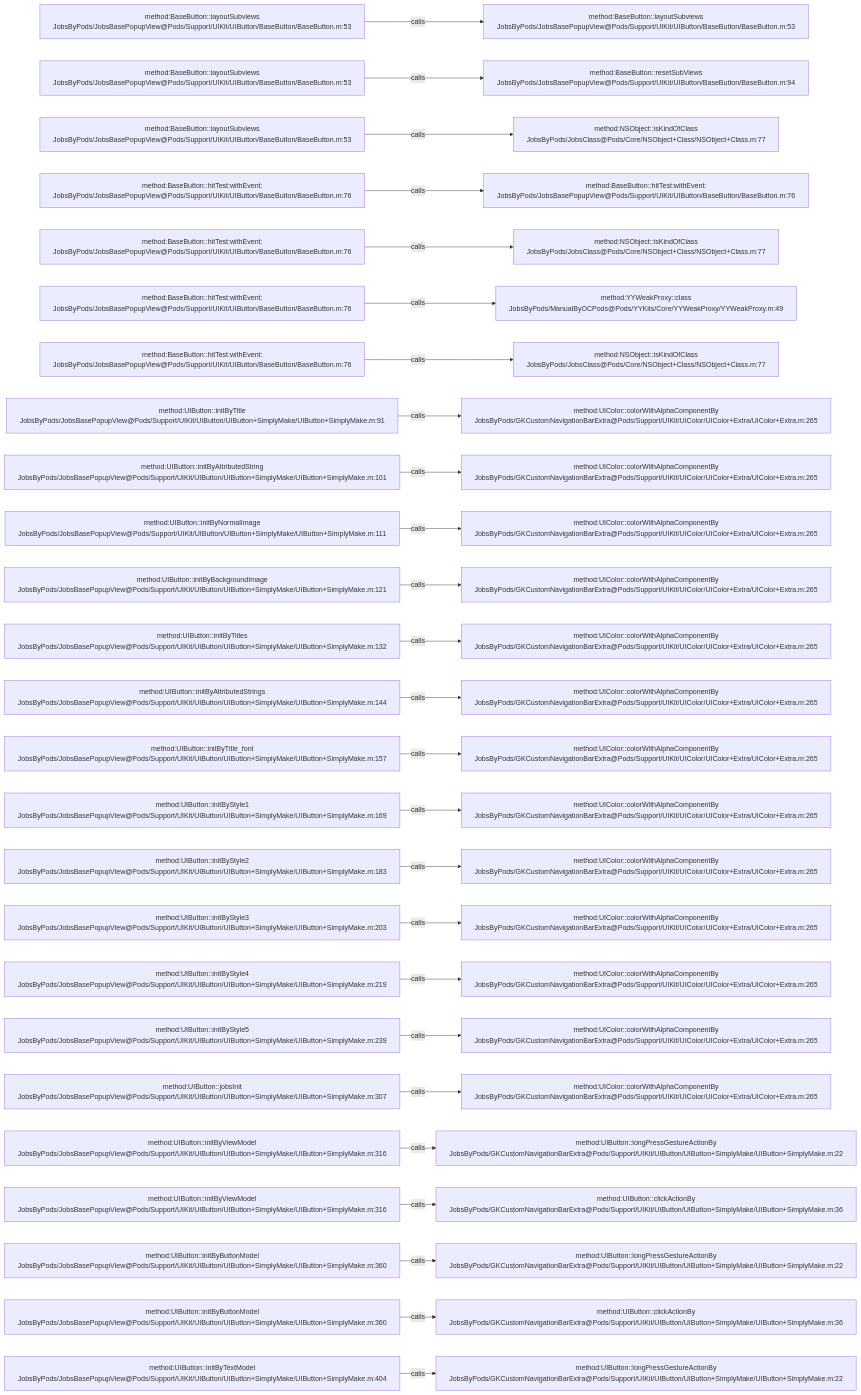
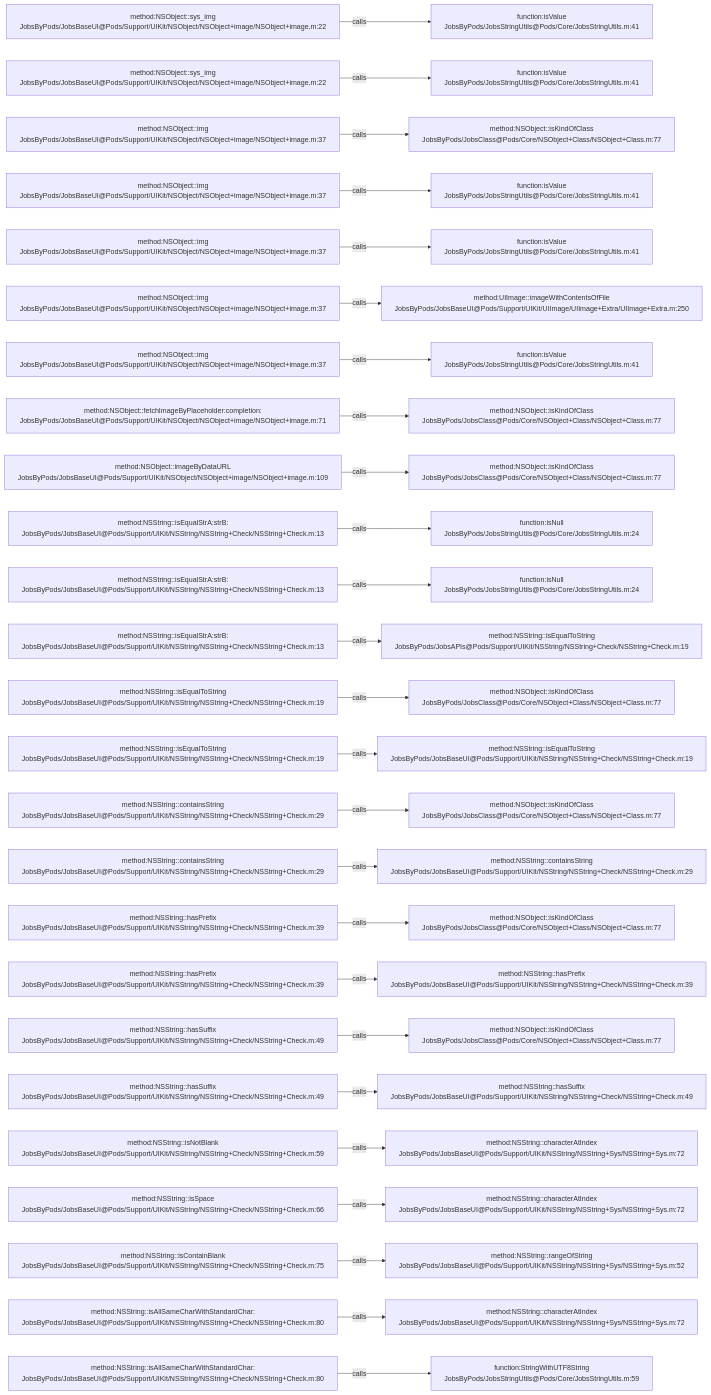
One commit to JobsKits/JobsOCBaseConfigDemo changed the diagram in .codegraph/codegraph.md/graphs/calls-022.md. Above: the diagram before and after it, drawn with Mermaid. The commit also changed 573 other files, not shown here.

````diff
--- a/.codegraph/codegraph.md/graphs/calls-022.md
+++ b/.codegraph/codegraph.md/graphs/calls-022.md
@@ -13,78 +13,78 @@
 ```mermaid
 flowchart LR
-  S1["method:BaseButton::layoutSubviews<br/>JobsByPods/JobsBasePopupView@Pods/Support/UIKit/UIButton/BaseButton/BaseButton.m:53"]
-  T1["method:BaseButton::layoutSubviews<br/>JobsByPods/JobsBasePopupView@Pods/Support/UIKit/UIButton/BaseButton/BaseButton.m:53"]
+  S1["method:NSObject::sys_img<br/>JobsByPods/JobsBaseUI@Pods/Support/UIKit/NSObject/NSObject+image/NSObject+image.m:22"]
+  T1["function:isValue<br/>JobsByPods/JobsStringUtils@Pods/Core/JobsStringUtils.m:41"]
   S1 -->|calls| T1
-  S2["method:BaseButton::layoutSubviews<br/>JobsByPods/JobsBasePopupView@Pods/Support/UIKit/UIButton/BaseButton/BaseButton.m:53"]
-  T2["method:BaseButton::resetSubViews<br/>JobsByPods/JobsBasePopupView@Pods/Support/UIKit/UIButton/BaseButton/BaseButton.m:94"]
+  S2["method:NSObject::sys_img<br/>JobsByPods/JobsBaseUI@Pods/Support/UIKit/NSObject/NSObject+image/NSObject+image.m:22"]
+  T2["function:isValue<br/>JobsByPods/JobsStringUtils@Pods/Core/JobsStringUtils.m:41"]
   S2 -->|calls| T2
-  S3["method:BaseButton::layoutSubviews<br/>JobsByPods/JobsBasePopupView@Pods/Support/UIKit/UIButton/BaseButton/BaseButton.m:53"]
+  S3["method:NSObject::img<br/>JobsByPods/JobsBaseUI@Pods/Support/UIKit/NSObject/NSObject+image/NSObject+image.m:37"]
   T3["method:NSObject::isKindOfClass<br/>JobsByPods/JobsClass@Pods/Core/NSObject+Class/NSObject+Class.m:77"]
   S3 -->|calls| T3
-  S4["method:BaseButton::hitTest:withEvent:<br/>JobsByPods/JobsBasePopupView@Pods/Support/UIKit/UIButton/BaseButton/BaseButton.m:76"]
-  T4["method:BaseButton::hitTest:withEvent:<br/>JobsByPods/JobsBasePopupView@Pods/Support/UIKit/UIButton/BaseButton/BaseButton.m:76"]
+  S4["method:NSObject::img<br/>JobsByPods/JobsBaseUI@Pods/Support/UIKit/NSObject/NSObject+image/NSObject+image.m:37"]
+  T4["function:isValue<br/>JobsByPods/JobsStringUtils@Pods/Core/JobsStringUtils.m:41"]
   S4 -->|calls| T4
-  S5["method:BaseButton::hitTest:withEvent:<br/>JobsByPods/JobsBasePopupView@Pods/Support/UIKit/UIButton/BaseButton/BaseButton.m:76"]
-  T5["method:NSObject::isKindOfClass<br/>JobsByPods/JobsClass@Pods/Core/NSObject+Class/NSObject+Class.m:77"]
+  S5["method:NSObject::img<br/>JobsByPods/JobsBaseUI@Pods/Support/UIKit/NSObject/NSObject+image/NSObject+image.m:37"]
+  T5["function:isValue<br/>JobsByPods/JobsStringUtils@Pods/Core/JobsStringUtils.m:41"]
   S5 -->|calls| T5
-  S6["method:BaseButton::hitTest:withEvent:<br/>JobsByPods/JobsBasePopupView@Pods/Support/UIKit/UIButton/BaseButton/BaseButton.m:76"]
-  T6["method:YYWeakProxy::class<br/>JobsByPods/ManualByOCPods@Pods/YYKits/Core/YYWeakProxy/YYWeakProxy.m:49"]
+  S6["method:NSObject::img<br/>JobsByPods/JobsBaseUI@Pods/Support/UIKit/NSObject/NSObject+image/NSObject+image.m:37"]
+  T6["method:UIImage::imageWithContentsOfFile<br/>JobsByPods/JobsBaseUI@Pods/Support/UIKit/UIImage/UIImage+Extra/UIImage+Extra.m:250"]
   S6 -->|calls| T6
-  S7["method:BaseButton::hitTest:withEvent:<br/>JobsByPods/JobsBasePopupView@Pods/Support/UIKit/UIButton/BaseButton/BaseButton.m:76"]
-  T7["method:NSObject::isKindOfClass<br/>JobsByPods/JobsClass@Pods/Core/NSObject+Class/NSObject+Class.m:77"]
+  S7["method:NSObject::img<br/>JobsByPods/JobsBaseUI@Pods/Support/UIKit/NSObject/NSObject+image/NSObject+image.m:37"]
+  T7["function:isValue<br/>JobsByPods/JobsStringUtils@Pods/Core/JobsStringUtils.m:41"]
   S7 -->|calls| T7
-  S8["method:UIButton::initByTitle<br/>JobsByPods/JobsBasePopupView@Pods/Support/UIKit/UIButton/UIButton+SimplyMake/UIButton+SimplyMake.m:91"]
-  T8["method:UIColor::colorWithAlphaComponentBy<br/>JobsByPods/GKCustomNavigationBarExtra@Pods/Support/UIKit/UIColor/UIColor+Extra/UIColor+Extra.m:265"]
+  S8["method:NSObject::fetchImageByPlaceholder:completion:<br/>JobsByPods/JobsBaseUI@Pods/Support/UIKit/NSObject/NSObject+image/NSObject+image.m:71"]
+  T8["method:NSObject::isKindOfClass<br/>JobsByPods/JobsClass@Pods/Core/NSObject+Class/NSObject+Class.m:77"]
   S8 -->|calls| T8
-  S9["method:UIButton::initByAttributedString<br/>JobsByPods/JobsBasePopupView@Pods/Support/UIKit/UIButton/UIButton+SimplyMake/UIButton+SimplyMake.m:101"]
-  T9["method:UIColor::colorWithAlphaComponentBy<br/>JobsByPods/GKCustomNavigationBarExtra@Pods/Support/UIKit/UIColor/UIColor+Extra/UIColor+Extra.m:265"]
+  S9["method:NSObject::imageByDataURL<br/>JobsByPods/JobsBaseUI@Pods/Support/UIKit/NSObject/NSObject+image/NSObject+image.m:109"]
+  T9["method:NSObject::isKindOfClass<br/>JobsByPods/JobsClass@Pods/Core/NSObject+Class/NSObject+Class.m:77"]
   S9 -->|calls| T9
-  S10["method:UIButton::initByNormalImage<br/>JobsByPods/JobsBasePopupView@Pods/Support/UIKit/UIButton/UIButton+SimplyMake/UIButton+SimplyMake.m:111"]
-  T10["method:UIColor::colorWithAlphaComponentBy<br/>JobsByPods/GKCustomNavigationBarExtra@Pods/Support/UIKit/UIColor/UIColor+Extra/UIColor+Extra.m:265"]
+  S10["method:NSString::isEqualStrA:strB:<br/>JobsByPods/JobsBaseUI@Pods/Support/UIKit/NSString/NSString+Check/NSString+Check.m:13"]
+  T10["function:isNull<br/>JobsByPods/JobsStringUtils@Pods/Core/JobsStringUtils.m:24"]
   S10 -->|calls| T10
-  S11["method:UIButton::initByBackgroundImage<br/>JobsByPods/JobsBasePopupView@Pods/Support/UIKit/UIButton/UIButton+SimplyMake/UIButton+SimplyMake.m:121"]
-  T11["method:UIColor::colorWithAlphaComponentBy<br/>JobsByPods/GKCustomNavigationBarExtra@Pods/Support/UIKit/UIColor/UIColor+Extra/UIColor+Extra.m:265"]
+  S11["method:NSString::isEqualStrA:strB:<br/>JobsByPods/JobsBaseUI@Pods/Support/UIKit/NSString/NSString+Check/NSString+Check.m:13"]
+  T11["function:isNull<br/>JobsByPods/JobsStringUtils@Pods/Core/JobsStringUtils.m:24"]
   S11 -->|calls| T11
-  S12["method:UIButton::initByTitles<br/>JobsByPods/JobsBasePopupView@Pods/Support/UIKit/UIButton/UIButton+SimplyMake/UIButton+SimplyMake.m:132"]
-  T12["method:UIColor::colorWithAlphaComponentBy<br/>JobsByPods/GKCustomNavigationBarExtra@Pods/Support/UIKit/UIColor/UIColor+Extra/UIColor+Extra.m:265"]
+  S12["method:NSString::isEqualStrA:strB:<br/>JobsByPods/JobsBaseUI@Pods/Support/UIKit/NSString/NSString+Check/NSString+Check.m:13"]
+  T12["method:NSString::isEqualToString<br/>JobsByPods/JobsAPIs@Pods/Support/UIKit/NSString/NSString+Check/NSString+Check.m:19"]
   S12 -->|calls| T12
-  S13["method:UIButton::initByAttributedStrings<br/>JobsByPods/JobsBasePopupView@Pods/Support/UIKit/UIButton/UIButton+SimplyMake/UIButton+SimplyMake.m:144"]
-  T13["method:UIColor::colorWithAlphaComponentBy<br/>JobsByPods/GKCustomNavigationBarExtra@Pods/Support/UIKit/UIColor/UIColor+Extra/UIColor+Extra.m:265"]
+  S13["method:NSString::isEqualToString<br/>JobsByPods/JobsBaseUI@Pods/Support/UIKit/NSString/NSString+Check/NSString+Check.m:19"]
+  T13["method:NSObject::isKindOfClass<br/>JobsByPods/JobsClass@Pods/Core/NSObject+Class/NSObject+Class.m:77"]
   S13 -->|calls| T13
-  S14["method:UIButton::initByTitle_font<br/>JobsByPods/JobsBasePopupView@Pods/Support/UIKit/UIButton/UIButton+SimplyMake/UIButton+SimplyMake.m:157"]
-  T14["method:UIColor::colorWithAlphaComponentBy<br/>JobsByPods/GKCustomNavigationBarExtra@Pods/Support/UIKit/UIColor/UIColor+Extra/UIColor+Extra.m:265"]
+  S14["method:NSString::isEqualToString<br/>JobsByPods/JobsBaseUI@Pods/Support/UIKit/NSString/NSString+Check/NSString+Check.m:19"]
+  T14["method:NSString::isEqualToString<br/>JobsByPods/JobsBaseUI@Pods/Support/UIKit/NSString/NSString+Check/NSString+Check.m:19"]
   S14 -->|calls| T14
-  S15["method:UIButton::initByStyle1<br/>JobsByPods/JobsBasePopupView@Pods/Support/UIKit/UIButton/UIButton+SimplyMake/UIButton+SimplyMake.m:169"]
-  T15["method:UIColor::colorWithAlphaComponentBy<br/>JobsByPods/GKCustomNavigationBarExtra@Pods/Support/UIKit/UIColor/UIColor+Extra/UIColor+Extra.m:265"]
+  S15["method:NSString::containsString<br/>JobsByPods/JobsBaseUI@Pods/Support/UIKit/NSString/NSString+Check/NSString+Check.m:29"]
+  T15["method:NSObject::isKindOfClass<br/>JobsByPods/JobsClass@Pods/Core/NSObject+Class/NSObject+Class.m:77"]
   S15 -->|calls| T15
-  S16["method:UIButton::initByStyle2<br/>JobsByPods/JobsBasePopupView@Pods/Support/UIKit/UIButton/UIButton+SimplyMake/UIButton+SimplyMake.m:183"]
-  T16["method:UIColor::colorWithAlphaComponentBy<br/>JobsByPods/GKCustomNavigationBarExtra@Pods/Support/UIKit/UIColor/UIColor+Extra/UIColor+Extra.m:265"]
+  S16["method:NSString::containsString<br/>JobsByPods/JobsBaseUI@Pods/Support/UIKit/NSString/NSString+Check/NSString+Check.m:29"]
+  T16["method:NSString::containsString<br/>JobsByPods/JobsBaseUI@Pods/Support/UIKit/NSString/NSString+Check/NSString+Check.m:29"]
   S16 -->|calls| T16
-  S17["method:UIButton::initByStyle3<br/>JobsByPods/JobsBasePopupView@Pods/Support/UIKit/UIButton/UIButton+SimplyMake/UIButton+SimplyMake.m:203"]
-  T17["method:UIColor::colorWithAlphaComponentBy<br/>JobsByPods/GKCustomNavigationBarExtra@Pods/Support/UIKit/UIColor/UIColor+Extra/UIColor+Extra.m:265"]
+  S17["method:NSString::hasPrefix<br/>JobsByPods/JobsBaseUI@Pods/Support/UIKit/NSString/NSString+Check/NSString+Check.m:39"]
+  T17["method:NSObject::isKindOfClass<br/>JobsByPods/JobsClass@Pods/Core/NSObject+Class/NSObject+Class.m:77"]
   S17 -->|calls| T17
-  S18["method:UIButton::initByStyle4<br/>JobsByPods/JobsBasePopupView@Pods/Support/UIKit/UIButton/UIButton+SimplyMake/UIButton+SimplyMake.m:219"]
-  T18["method:UIColor::colorWithAlphaComponentBy<br/>JobsByPods/GKCustomNavigationBarExtra@Pods/Support/UIKit/UIColor/UIColor+Extra/UIColor+Extra.m:265"]
+  S18["method:NSString::hasPrefix<br/>JobsByPods/JobsBaseUI@Pods/Support/UIKit/NSString/NSString+Check/NSString+Check.m:39"]
+  T18["method:NSString::hasPrefix<br/>JobsByPods/JobsBaseUI@Pods/Support/UIKit/NSString/NSString+Check/NSString+Check.m:39"]
   S18 -->|calls| T18
-  S19["method:UIButton::initByStyle5<br/>JobsByPods/JobsBasePopupView@Pods/Support/UIKit/UIButton/UIButton+SimplyMake/UIButton+SimplyMake.m:239"]
-  T19["method:UIColor::colorWithAlphaComponentBy<br/>JobsByPods/GKCustomNavigationBarExtra@Pods/Support/UIKit/UIColor/UIColor+Extra/UIColor+Extra.m:265"]
+  S19["method:NSString::hasSuffix<br/>JobsByPods/JobsBaseUI@Pods/Support/UIKit/NSString/NSString+Check/NSString+Check.m:49"]
+  T19["method:NSObject::isKindOfClass<br/>JobsByPods/JobsClass@Pods/Core/NSObject+Class/NSObject+Class.m:77"]
   S19 -->|calls| T19
-  S20["method:UIButton::jobsInit<br/>JobsByPods/JobsBasePopupView@Pods/Support/UIKit/UIButton/UIButton+SimplyMake/UIButton+SimplyMake.m:307"]
-  T20["method:UIColor::colorWithAlphaComponentBy<br/>JobsByPods/GKCustomNavigationBarExtra@Pods/Support/UIKit/UIColor/UIColor+Extra/UIColor+Extra.m:265"]
+  S20["method:NSString::hasSuffix<br/>JobsByPods/JobsBaseUI@Pods/Support/UIKit/NSString/NSString+Check/NSString+Check.m:49"]
+  T20["method:NSString::hasSuffix<br/>JobsByPods/JobsBaseUI@Pods/Support/UIKit/NSString/NSString+Check/NSString+Check.m:49"]
   S20 -->|calls| T20
-  S21["method:UIButton::initByViewModel<br/>JobsByPods/JobsBasePopupView@Pods/Support/UIKit/UIButton/UIButton+SimplyMake/UIButton+SimplyMake.m:316"]
-  T21["method:UIButton::longPressGestureActionBy<br/>JobsByPods/GKCustomNavigationBarExtra@Pods/Support/UIKit/UIButton/UIButton+SimplyMake/UIButton+SimplyMake.m:22"]
+  S21["method:NSString::isNotBlank<br/>JobsByPods/JobsBaseUI@Pods/Support/UIKit/NSString/NSString+Check/NSString+Check.m:59"]
+  T21["method:NSString::characterAtIndex<br/>JobsByPods/JobsBaseUI@Pods/Support/UIKit/NSString/NSString+Sys/NSString+Sys.m:72"]
   S21 -->|calls| T21
-  S22["method:UIButton::initByViewModel<br/>JobsByPods/JobsBasePopupView@Pods/Support/UIKit/UIButton/UIButton+SimplyMake/UIButton+SimplyMake.m:316"]
-  T22["method:UIButton::clickActionBy<br/>JobsByPods/GKCustomNavigationBarExtra@Pods/Support/UIKit/UIButton/UIButton+SimplyMake/UIButton+SimplyMake.m:36"]
+  S22["method:NSString::isSpace<br/>JobsByPods/JobsBaseUI@Pods/Support/UIKit/NSString/NSString+Check/NSString+Check.m:66"]
+  T22["method:NSString::characterAtIndex<br/>JobsByPods/JobsBaseUI@Pods/Support/UIKit/NSString/NSString+Sys/NSString+Sys.m:72"]
   S22 -->|calls| T22
-  S23["method:UIButton::initByButtonModel<br/>JobsByPods/JobsBasePopupView@Pods/Support/UIKit/UIButton/UIButton+SimplyMake/UIButton+SimplyMake.m:360"]
-  T23["method:UIButton::longPressGestureActionBy<br/>JobsByPods/GKCustomNavigationBarExtra@Pods/Support/UIKit/UIButton/UIButton+SimplyMake/UIButton+SimplyMake.m:22"]
+  S23["method:NSString::isContainBlank<br/>JobsByPods/JobsBaseUI@Pods/Support/UIKit/NSString/NSString+Check/NSString+Check.m:75"]
+  T23["method:NSString::rangeOfString<br/>JobsByPods/JobsBaseUI@Pods/Support/UIKit/NSString/NSString+Sys/NSString+Sys.m:52"]
   S23 -->|calls| T23
-  S24["method:UIButton::initByButtonModel<br/>JobsByPods/JobsBasePopupView@Pods/Support/UIKit/UIButton/UIButton+SimplyMake/UIButton+SimplyMake.m:360"]
-  T24["method:UIButton::clickActionBy<br/>JobsByPods/GKCustomNavigationBarExtra@Pods/Support/UIKit/UIButton/UIButton+SimplyMake/UIButton+SimplyMake.m:36"]
+  S24["method:NSString::isAllSameCharWithStandardChar:<br/>JobsByPods/JobsBaseUI@Pods/Support/UIKit/NSString/NSString+Check/NSString+Check.m:80"]
+  T24["method:NSString::characterAtIndex<br/>JobsByPods/JobsBaseUI@Pods/Support/UIKit/NSString/NSString+Sys/NSString+Sys.m:72"]
   S24 -->|calls| T24
-  S25["method:UIButton::initByTextModel<br/>JobsByPods/JobsBasePopupView@Pods/Support/UIKit/UIButton/UIButton+SimplyMake/UIButton+SimplyMake.m:404"]
-  T25["method:UIButton::longPressGestureActionBy<br/>JobsByPods/GKCustomNavigationBarExtra@Pods/Support/UIKit/UIButton/UIButton+SimplyMake/UIButton+SimplyMake.m:22"]
+  S25["method:NSString::isAllSameCharWithStandardChar:<br/>JobsByPods/JobsBaseUI@Pods/Support/UIKit/NSString/NSString+Check/NSString+Check.m:80"]
+  T25["function:StringWithUTF8String<br/>JobsByPods/JobsStringUtils@Pods/Core/JobsStringUtils.m:59"]
   S25 -->|calls| T25
 ```
````
